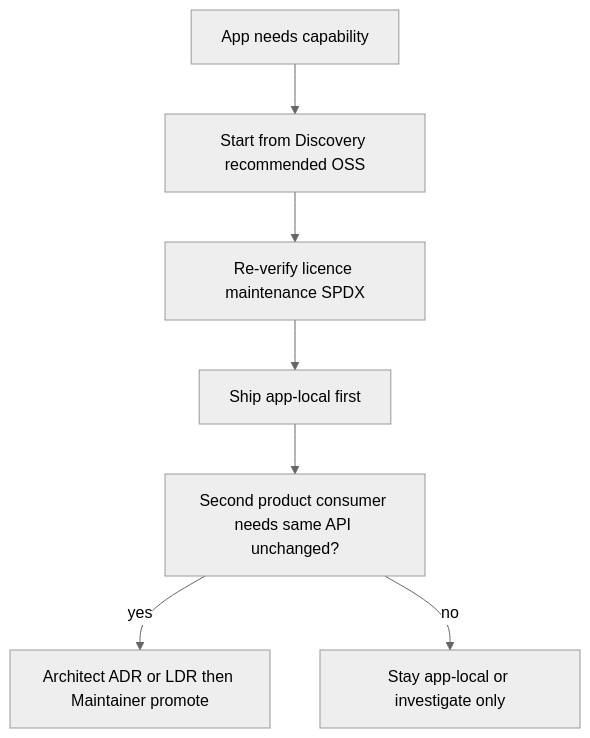
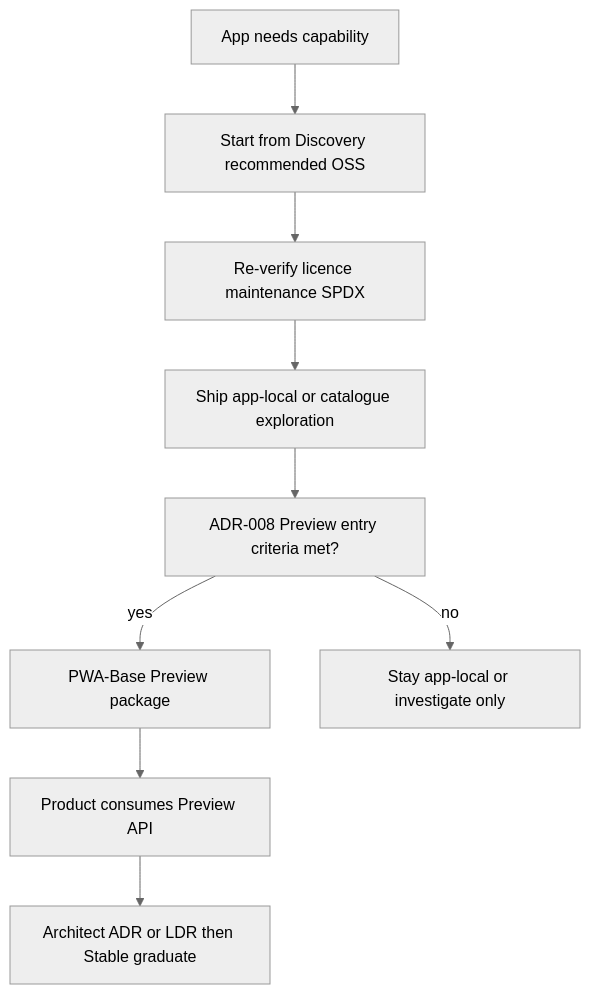
One commit to RSHomeServer/Test-PWA changed the diagram in docs/architecture/oss-adoption-plan.md. Above: the diagram before and after it, drawn with Mermaid (neutral theme). The commit also changed other lines of this file and 4 other files, not shown here.

First line of the commit message:
Align catalogue architecture docs with ADR-008 Preview lifecycle.

````diff
--- a/docs/architecture/oss-adoption-plan.md
+++ b/docs/architecture/oss-adoption-plan.md
@@ -48,13 +64,15 @@
 ```mermaid
 flowchart TD
   need[App needs capability]
   cat[Start from Discovery recommended OSS]
   verify[Re-verify licence maintenance SPDX]
-  local[Ship app-local first]
-  two[Second product consumer needs same API unchanged?]
-  promote[Architect ADR or LDR then Maintainer promote]
+  local[Ship app-local or catalogue exploration]
+  previewGate[ADR-008 Preview entry criteria met?]
+  preview[PWA-Base Preview package]
+  product[Product consumes Preview API]
+  stable[Architect ADR or LDR then Stable graduate]
   hold[Stay app-local or investigate only]
-  need --> cat --> verify --> local --> two
-  two -->|yes| promote
-  two -->|no| hold
+  need --> cat --> verify --> local --> previewGate
+  previewGate -->|yes| preview --> product --> stable
+  previewGate -->|no| hold
 ```
````
